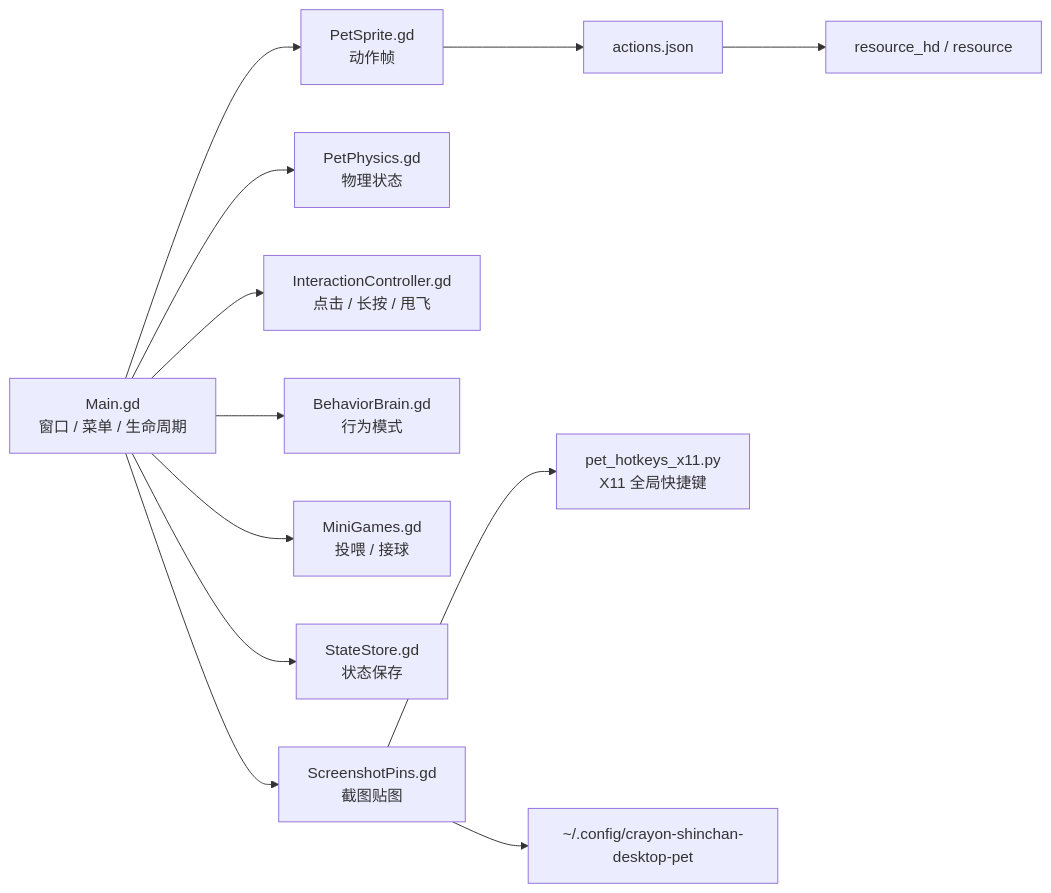
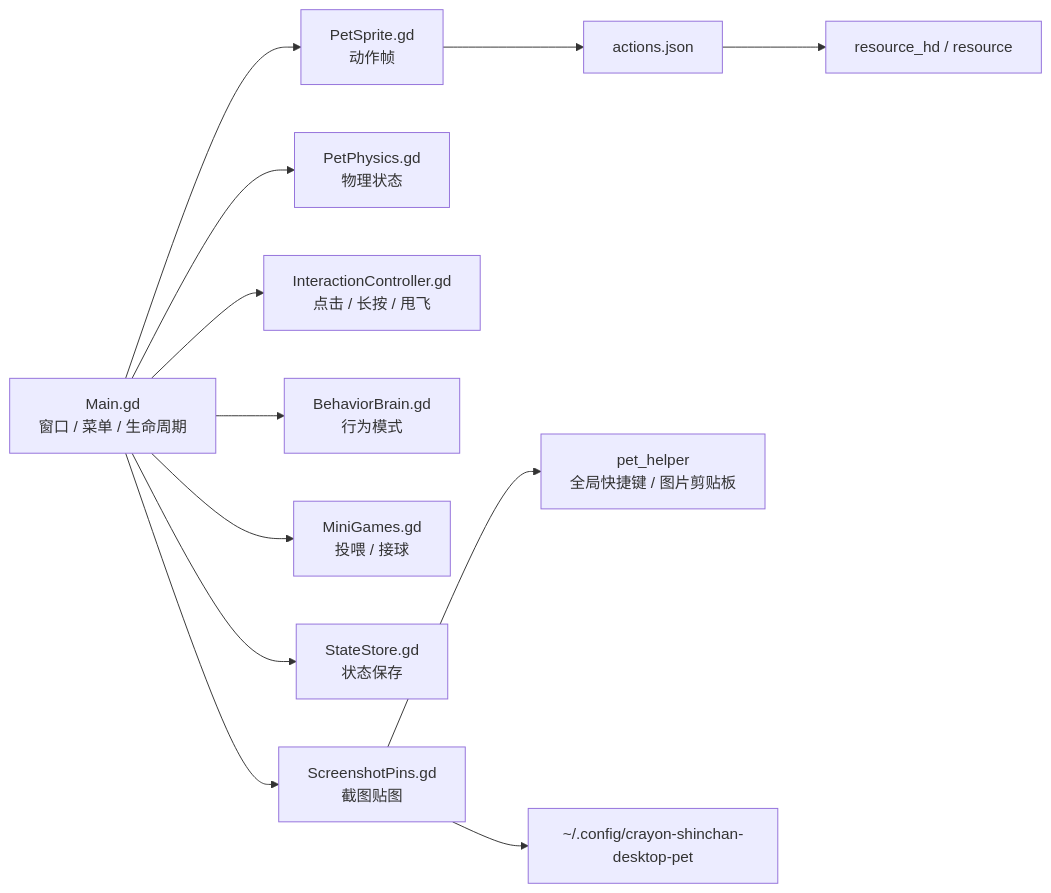
One commit to MzKyle/Crayon-Shinchan-Desktop-Pat changed the diagram in README.md. Above: the diagram before and after it, drawn with Mermaid. The commit also changed other lines of this file and 56 other files, not shown here.

````diff
--- a/README.md
+++ b/README.md
@@ -33,14 +33,14 @@
 ```mermaid
 flowchart LR
   Main["Main.gd<br/>窗口 / 菜单 / 生命周期"] --> Sprite["PetSprite.gd<br/>动作帧"]
   Main --> Physics["PetPhysics.gd<br/>物理状态"]
   Main --> Input["InteractionController.gd<br/>点击 / 长按 / 甩飞"]
   Main --> Brain["BehaviorBrain.gd<br/>行为模式"]
   Main --> Games["MiniGames.gd<br/>投喂 / 接球"]
   Main --> State["StateStore.gd<br/>状态保存"]
   Main --> Pins["ScreenshotPins.gd<br/>截图贴图"]
   Sprite --> Manifest["actions.json"]
   Manifest --> Frames["resource_hd / resource"]
-  Pins --> Hotkeys["pet_hotkeys_x11.py<br/>X11 全局快捷键"]
+  Pins --> Hotkeys["pet_helper<br/>全局快捷键 / 图片剪贴板"]
   Pins --> Config["~/.config/crayon-shinchan-desktop-pet"]
 ```
````
